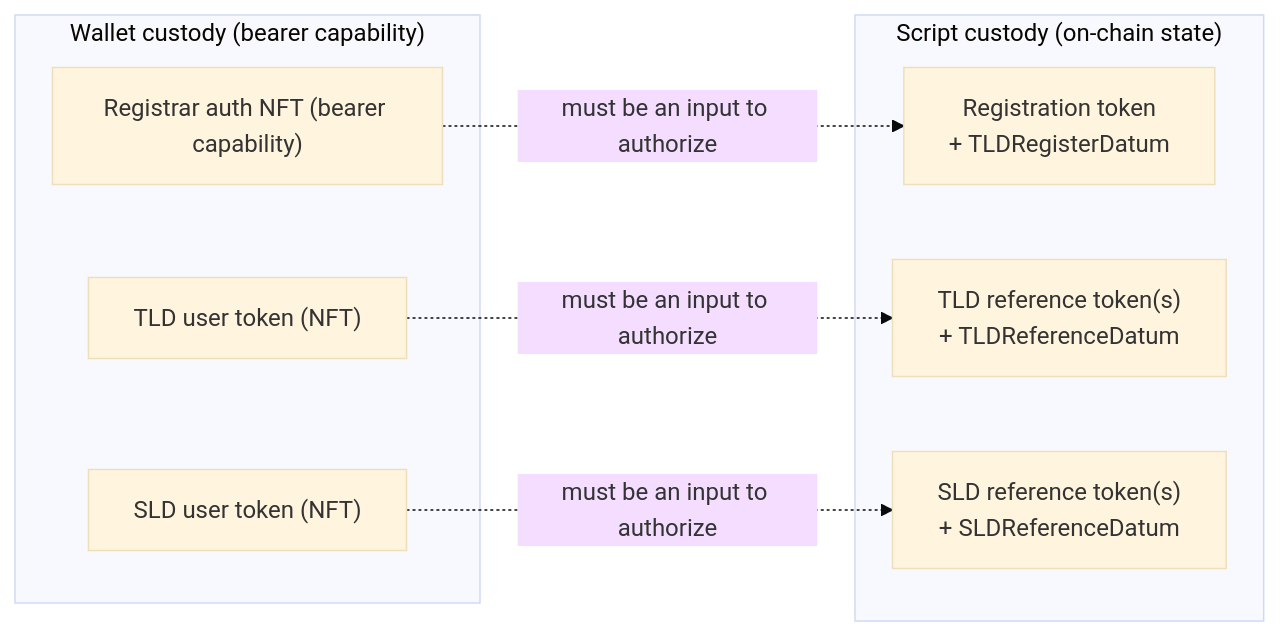
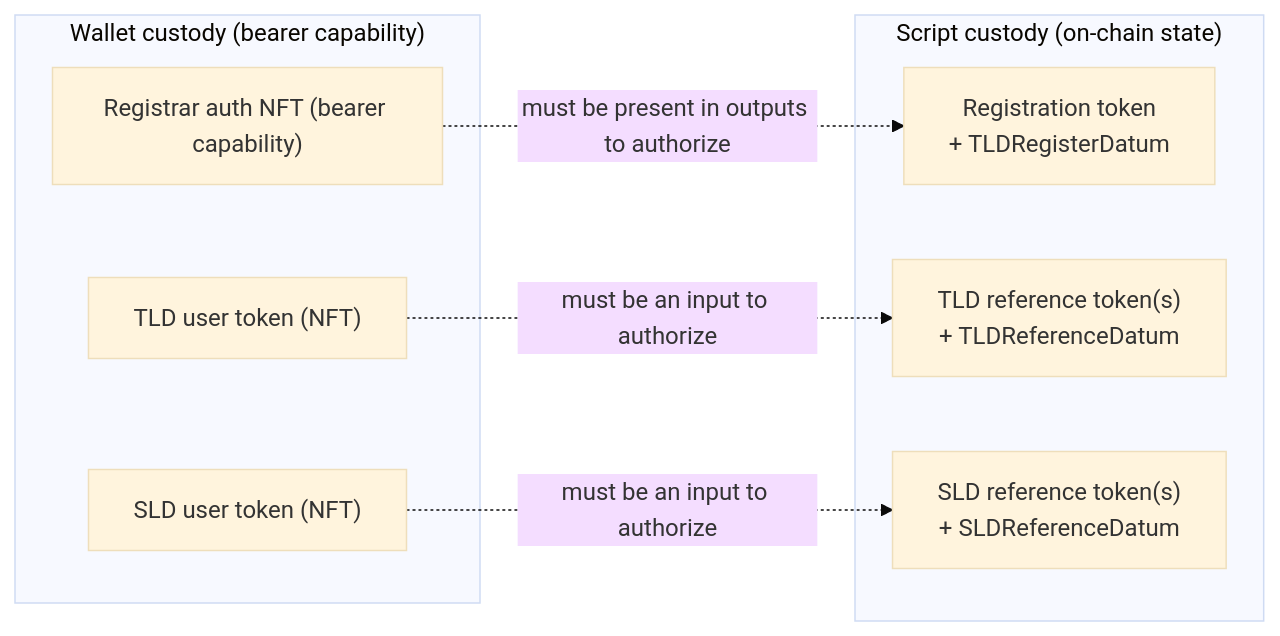
One commit to blinklabs-io/dns-contracts changed the fifth of 14 diagrams in docs/architecture/smart-contract-architecture.md. Above: the diagram before and after it, drawn with Mermaid (base theme). The commit also changed other lines of this file and 5 other files, not shown here.

````diff
--- a/docs/architecture/smart-contract-architecture.md
+++ b/docs/architecture/smart-contract-architecture.md
@@ -318,17 +318,17 @@
 ```mermaid
 flowchart LR
     subgraph SCRIPTS["Script custody (on-chain state)"]
         RT["Registration token<br/>+ TLDRegisterDatum"]
         TR["TLD reference token(s)<br/>+ TLDReferenceDatum"]
         SR["SLD reference token(s)<br/>+ SLDReferenceDatum"]
     end
     subgraph WALLET["Wallet custody (bearer capability)"]
         RA["Registrar auth NFT (bearer capability)"]
         TU["TLD user token (NFT)"]
         SU["SLD user token (NFT)"]
     end
 
-    RA -. "must be an input to authorize" .-> RT
+    RA -. "must be present in outputs to authorize" .-> RT
     TU -. "must be an input to authorize" .-> TR
     SU -. "must be an input to authorize" .-> SR
 ```
````
